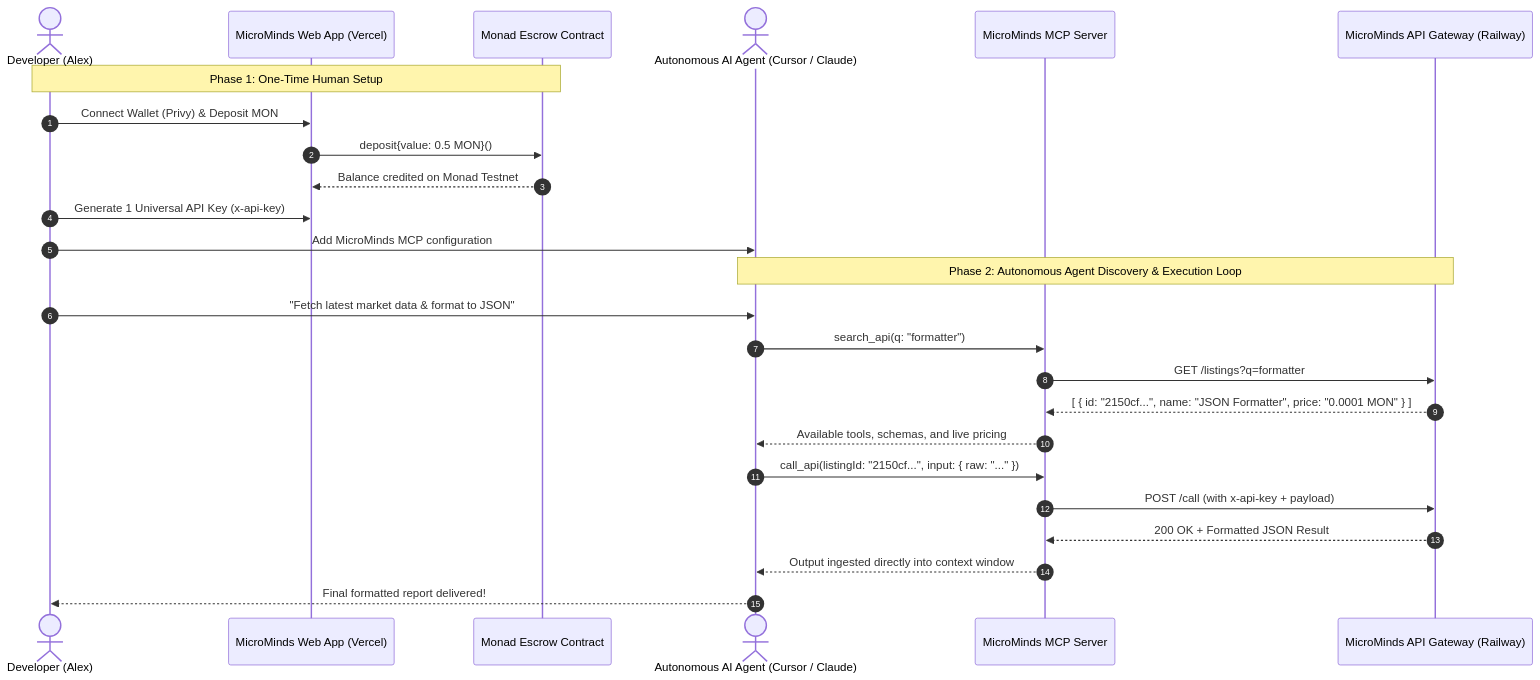
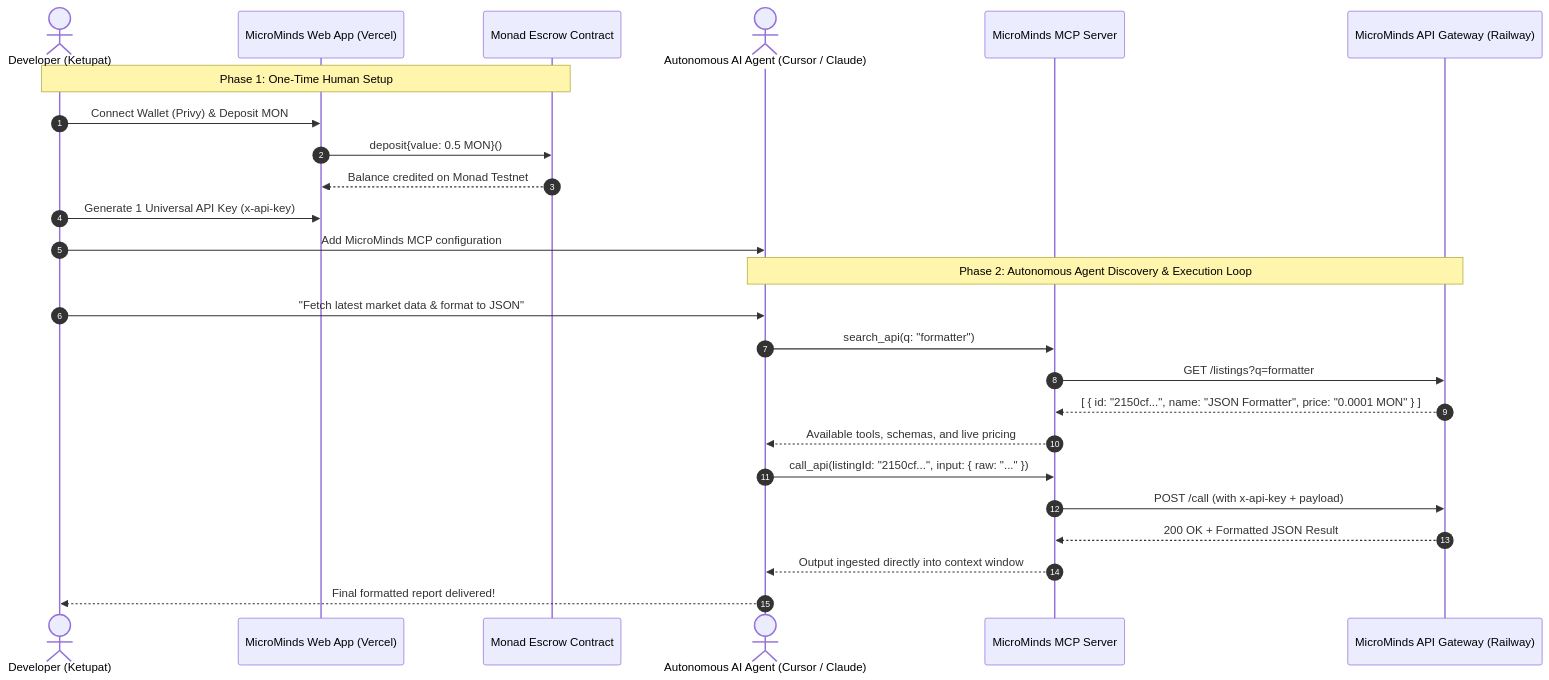
The first of 3 diagrams in README.md (westoryyyy/MicroMinds), drawn with Mermaid before and after one commit. The commit also changed other lines of this file, not shown here.

Commit message:
docs: update protagonist to Ketupat, add provider monetization story, and add provider lifecycle sequence diagram

````diff
--- a/README.md
+++ b/README.md
@@ -78,30 +96,30 @@
 ```mermaid
 sequenceDiagram
     autonumber
-    actor Dev as Developer (Alex)
+    actor Dev as Developer (Ketupat)
     participant Web as MicroMinds Web App (Vercel)
     participant Escrow as Monad Escrow Contract
     actor Agent as Autonomous AI Agent (Cursor / Claude)
     participant MCP as MicroMinds MCP Server
     participant Gateway as MicroMinds API Gateway (Railway)
 
     Note over Dev,Escrow: Phase 1: One-Time Human Setup
     Dev->>Web: Connect Wallet (Privy) & Deposit MON
     Web->>Escrow: deposit{value: 0.5 MON}()
     Escrow-->>Web: Balance credited on Monad Testnet
     Dev->>Web: Generate 1 Universal API Key (x-api-key)
     Dev->>Agent: Add MicroMinds MCP configuration
 
     Note over Agent,Gateway: Phase 2: Autonomous Agent Discovery & Execution Loop
     Dev->>Agent: "Fetch latest market data & format to JSON"
     Agent->>MCP: search_api(q: "formatter")
     MCP->>Gateway: GET /listings?q=formatter
     Gateway-->>MCP: [ { id: "2150cf...", name: "JSON Formatter", price: "0.0001 MON" } ]
     MCP-->>Agent: Available tools, schemas, and live pricing
 
     Agent->>MCP: call_api(listingId: "2150cf...", input: { raw: "..." })
     MCP->>Gateway: POST /call (with x-api-key + payload)
     Gateway-->>MCP: 200 OK + Formatted JSON Result
     MCP-->>Agent: Output ingested directly into context window
     Agent-->>Dev: Final formatted report delivered!
 ```
````
